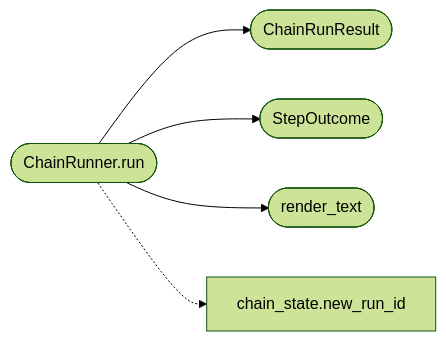
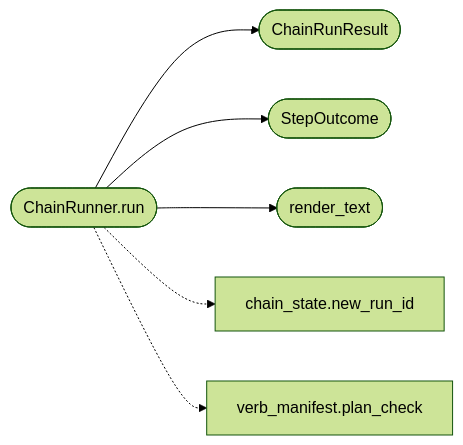
Before and after one commit to grisuno/LazyOwn: the second of 2 diagrams in readmenator-apidocs/modules/modules.chain_runner.py.md, drawn with Mermaid (forest theme). The commit also changed other lines of this file and 351 other files, not shown here.

First line of the commit message:
test(module): lazyaddon now added like verb automated, auto_loop and apt_chain have retry to re try some acction and custom the options to get better results, resume, and much much love

````diff
--- a/readmenator-apidocs/modules/modules.chain_runner.py.md
+++ b/readmenator-apidocs/modules/modules.chain_runner.py.md
@@ -76,12 +77,14 @@
 ```mermaid
 flowchart LR
     n_modules_chain_runner_py__ChainRunner_run(["ChainRunner.run"])
     n_modules_chain_runner_py__ChainRunResult(["ChainRunResult"])
     n_modules_chain_runner_py__StepOutcome(["StepOutcome"])
     n_modules_chain_runner_py__render_text(["render_text"])
     n_modules_chain_state_py__new_run_id["chain_state.new_run_id"]
+    n_modules_verb_manifest_py__plan_check["verb_manifest.plan_check"]
     n_modules_chain_runner_py__ChainRunner_run --> n_modules_chain_runner_py__ChainRunResult
     n_modules_chain_runner_py__ChainRunner_run --> n_modules_chain_runner_py__StepOutcome
     n_modules_chain_runner_py__ChainRunner_run --> n_modules_chain_runner_py__render_text
     n_modules_chain_runner_py__ChainRunner_run -.-> n_modules_chain_state_py__new_run_id
+    n_modules_chain_runner_py__ChainRunner_run -.-> n_modules_verb_manifest_py__plan_check
 ```
````
